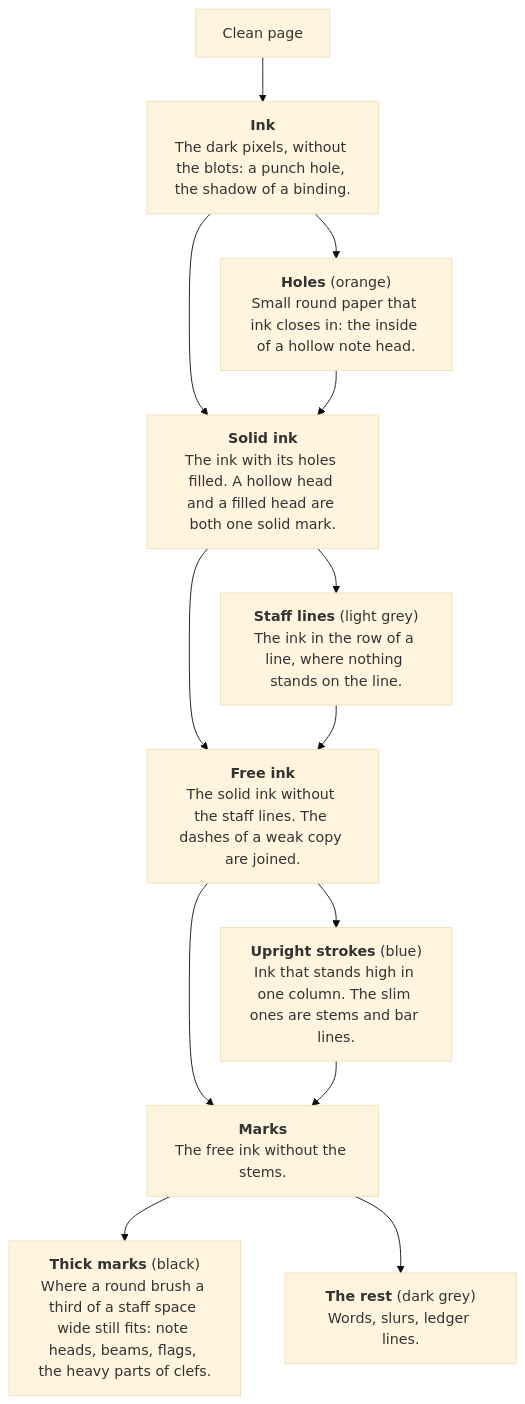
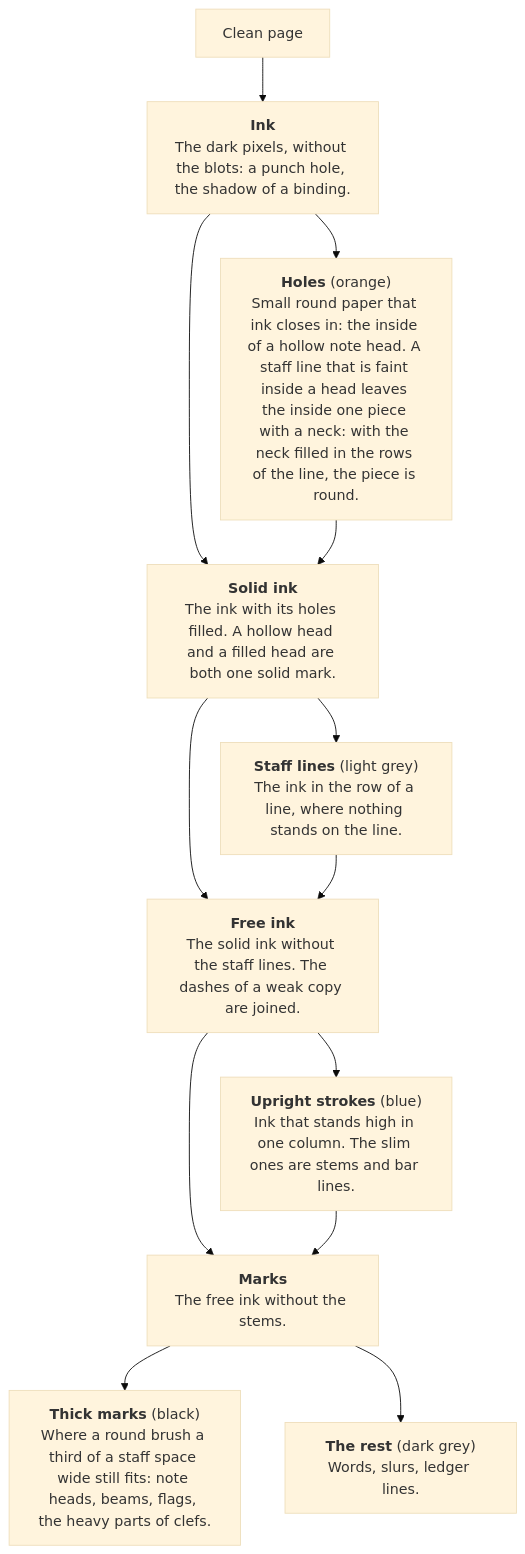
One commit to sweet-cicero/ScoreReader changed the third of 12 diagrams in README.md. Above: the diagram before and after it, drawn with Mermaid (base theme). The commit also changed other lines of this file and 4 other files, not shown here.

First line of the commit message:
Notes: hollow heads on a faint line or with a thin rim, a beam past a stem

````diff
--- a/README.md
+++ b/README.md
@@ -134,15 +134,15 @@
 ```mermaid
 flowchart TD
     page["Clean page"] --> ink["<b>Ink</b><br/>The dark pixels, without the blots: a punch hole, the shadow of a binding."]
-    ink --> holes["<b>Holes</b> (orange)<br/>Small round paper that ink closes in: the inside of a hollow note head."]
+    ink --> holes["<b>Holes</b> (orange)<br/>Small round paper that ink closes in: the inside of a hollow note head. A staff line that is faint inside a head leaves the inside one piece with a neck: with the neck filled in the rows of the line, the piece is round."]
     ink --> solid["<b>Solid ink</b><br/>The ink with its holes filled. A hollow head and a filled head are both one solid mark."]
     holes --> solid
     solid --> lines["<b>Staff lines</b> (light grey)<br/>The ink in the row of a line, where nothing stands on the line."]
     solid --> free["<b>Free ink</b><br/>The solid ink without the staff lines. The dashes of a weak copy are joined."]
     lines --> free
     free --> strokes["<b>Upright strokes</b> (blue)<br/>Ink that stands high in one column. The slim ones are stems and bar lines."]
     free --> marks["<b>Marks</b><br/>The free ink without the stems."]
     strokes --> marks
     marks --> thick["<b>Thick marks</b> (black)<br/>Where a round brush a third of a staff space wide still fits: note heads, beams, flags, the heavy parts of clefs."]
     marks --> rest["<b>The rest</b> (dark grey)<br/>Words, slurs, ledger lines."]
 ```
````
